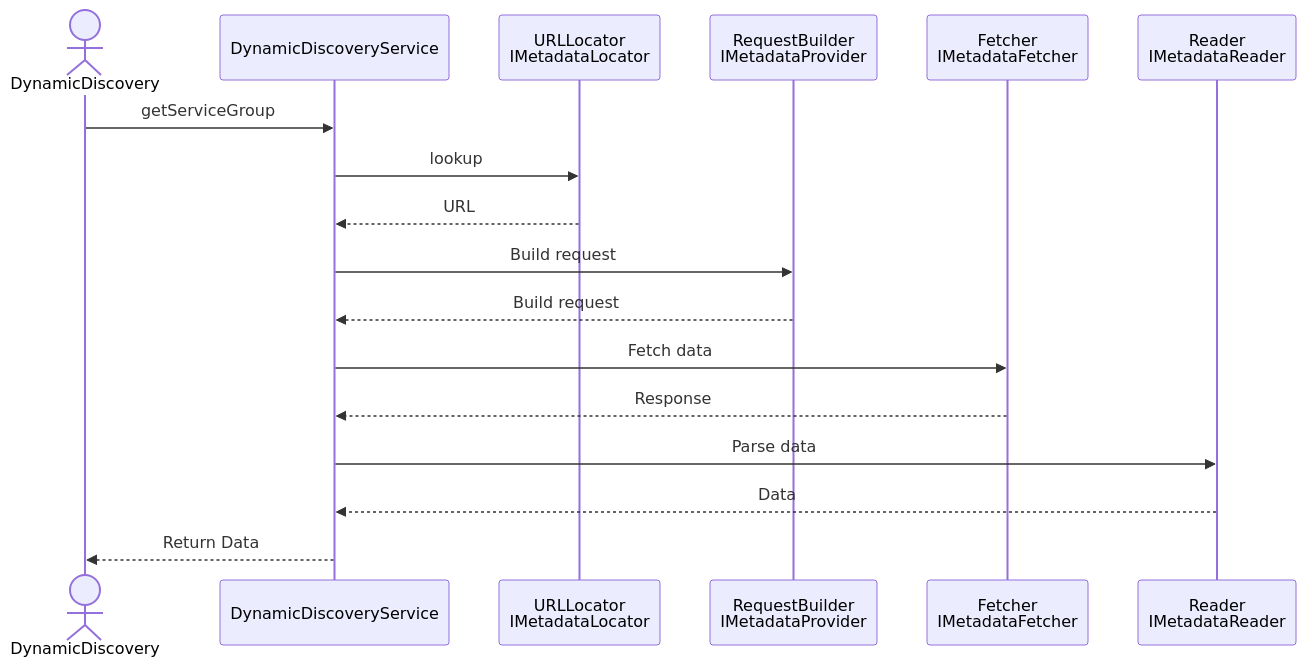
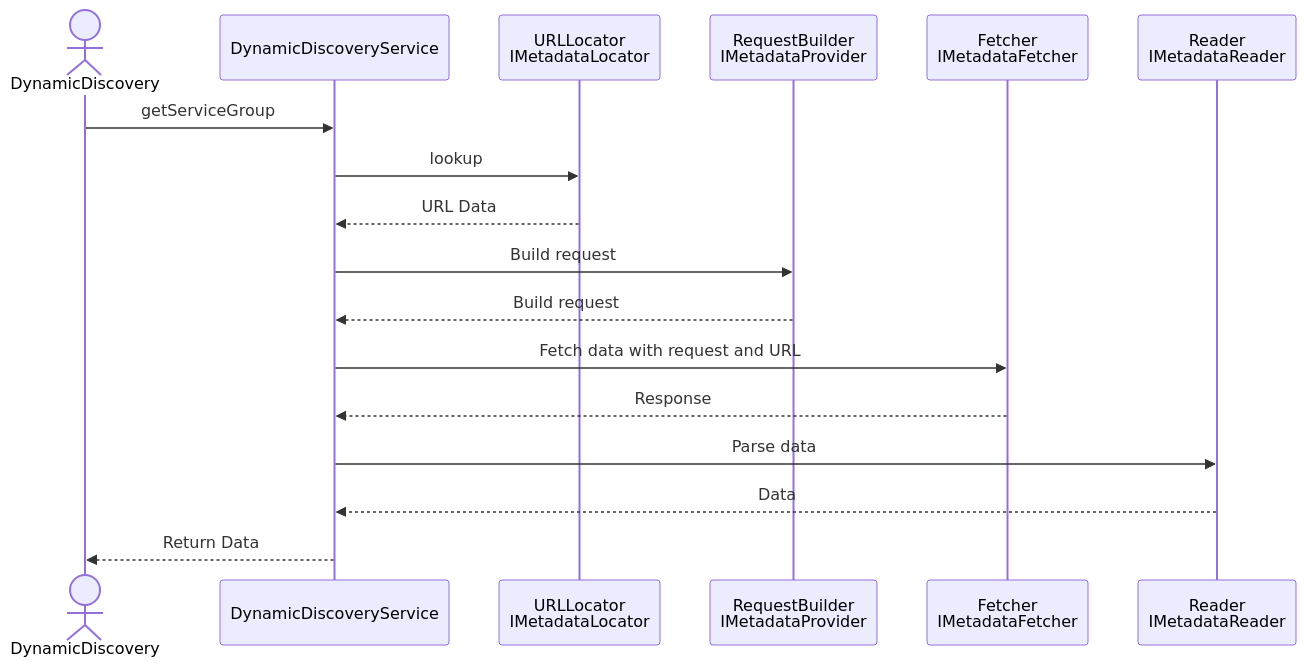
Before and after one commit to nordic-institute/dynamic-discovery-client: the first of 2 diagrams in README.adoc, drawn with Mermaid. The commit also changed other lines of this file, not shown here.

```diff
--- a/README.adoc
+++ b/README.adoc
@@ -95,23 +97,23 @@
 [mermaid]
 ....
 sequenceDiagram
 
     actor DDC as DynamicDiscovery
     participant DDS as DynamicDiscoveryService
     participant LOC as URLLocator <br /> IMetadataLocator
     participant RB as RequestBuilder <br /> IMetadataProvider
     participant FC as Fetcher <br /> IMetadataFetcher
     participant RD as Reader <br /> IMetadataReader
 
     DDC ->>  DDS:  getServiceGroup
     DDS ->>  LOC:  lookup
-    LOC -->> DDS: URL
+    LOC -->> DDS: URL Data
     DDS ->>  RB: Build request
     RB -->>  DDS: Build request
-    DDS ->>  FC: Fetch data
+    DDS ->>  FC: Fetch data with request and URL
     FC -->>  DDS: Response
 
     DDS ->>  RD: Parse data
     RD  -->> DDS: Data
     DDS -->> DDC:Return Data
 ....
```
